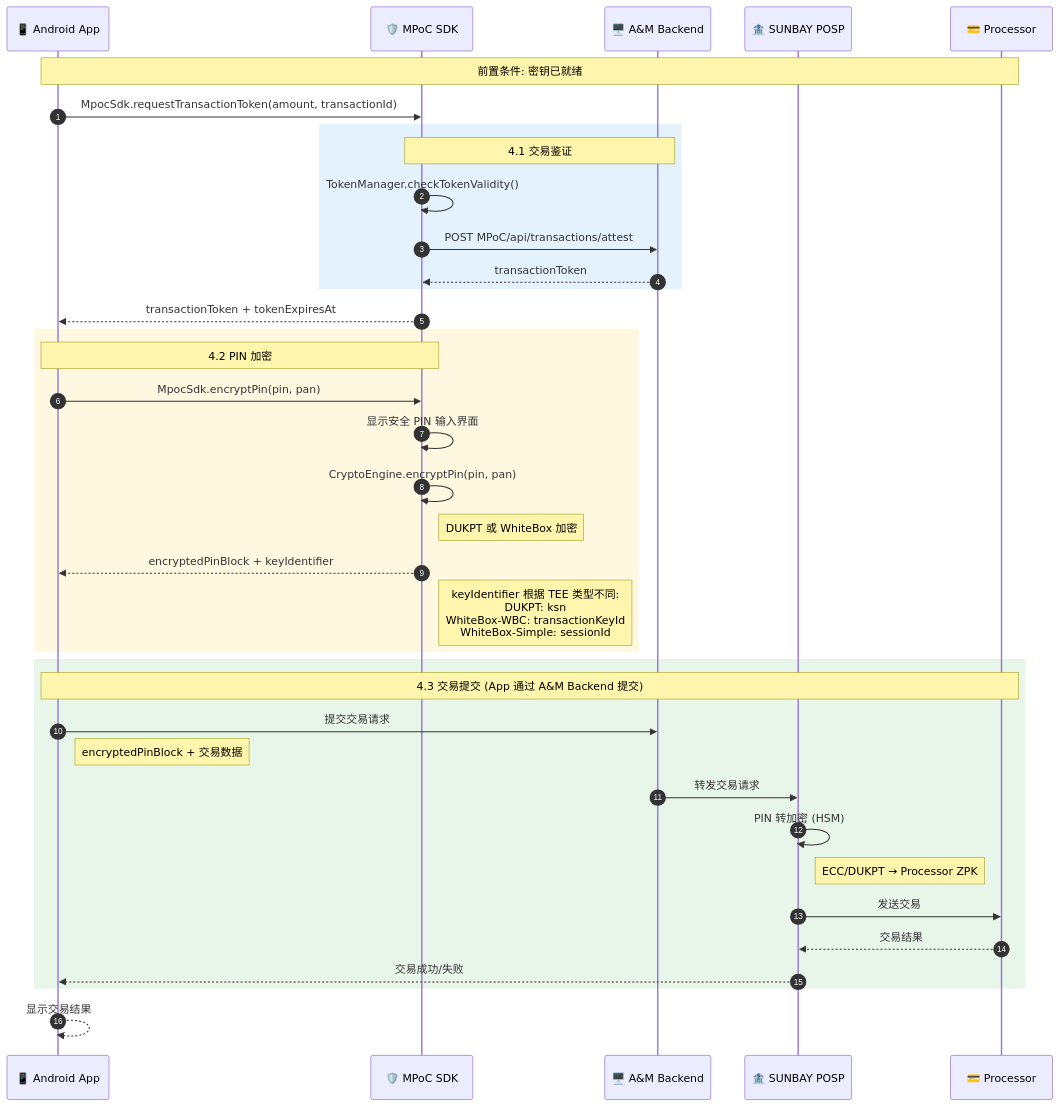
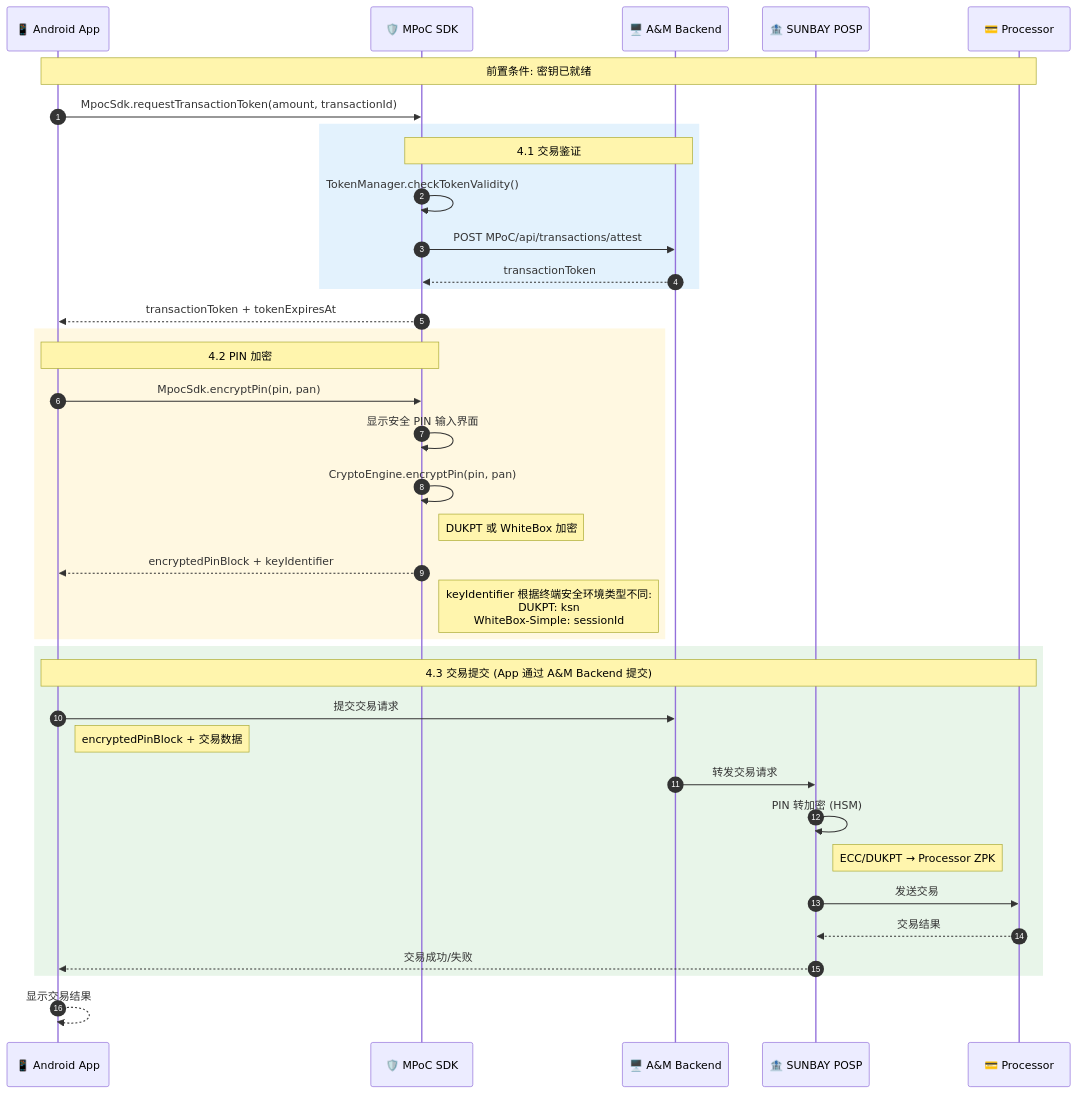
Diagram 15 of 21 in solution/MPOC_SDK_API_GUIDE.md (kevinwangl/sunbay-softpos-docs), drawn with Mermaid before and after one commit. The commit also changed other lines of this file, not shown here.

````diff
--- a/solution/MPOC_SDK_API_GUIDE.md
+++ b/solution/MPOC_SDK_API_GUIDE.md
@@ -1356,47 +1110,47 @@
 ```mermaid
 sequenceDiagram
     autonumber
     participant App as 📱 Android App
     participant SDK as 🛡️ MPoC SDK
     participant Backend as 🖥️ A&M Backend
     participant POSP as 🏦 SUNBAY POSP
     participant Processor as 💳 Processor
 
     Note over App,Processor: 前置条件: 密钥已就绪
     
     App->>SDK: MpocSdk.requestTransactionToken(amount, transactionId)
     
     rect rgb(227, 242, 253)
         Note over SDK,Backend: 4.1 交易鉴证
         SDK->>SDK: TokenManager.checkTokenValidity()
         SDK->>Backend: POST MPoC/api/transactions/attest
         Backend-->>SDK: transactionToken
     end
     
     SDK-->>App: transactionToken + tokenExpiresAt
     
     rect rgb(255, 248, 225)
         Note over App,SDK: 4.2 PIN 加密
         App->>SDK: MpocSdk.encryptPin(pin, pan)
         SDK->>SDK: 显示安全 PIN 输入界面
         SDK->>SDK: CryptoEngine.encryptPin(pin, pan)
         Note right of SDK: DUKPT 或 WhiteBox 加密
         SDK-->>App: encryptedPinBlock + keyIdentifier
-        Note right of SDK: keyIdentifier 根据 TEE 类型不同:<br/>DUKPT: ksn<br/>WhiteBox-WBC: transactionKeyId<br/>WhiteBox-Simple: sessionId
+        Note right of SDK: keyIdentifier 根据终端安全环境类型不同:<br/>DUKPT: ksn<br/>WhiteBox-Simple: sessionId
     end
     
     rect rgb(232, 245, 233)
         Note over App,Processor: 4.3 交易提交 (App 通过 A&M Backend 提交)
         App->>Backend: 提交交易请求
         Note right of App: encryptedPinBlock + 交易数据
         Backend->>POSP: 转发交易请求
         
         POSP->>POSP: PIN 转加密 (HSM)
         Note right of POSP: ECC/DUKPT → Processor ZPK
         POSP->>Processor: 发送交易
         Processor-->>POSP: 交易结果
         POSP-->>App: 交易成功/失败
     end
     
     App-->>App: 显示交易结果
 ```
````
